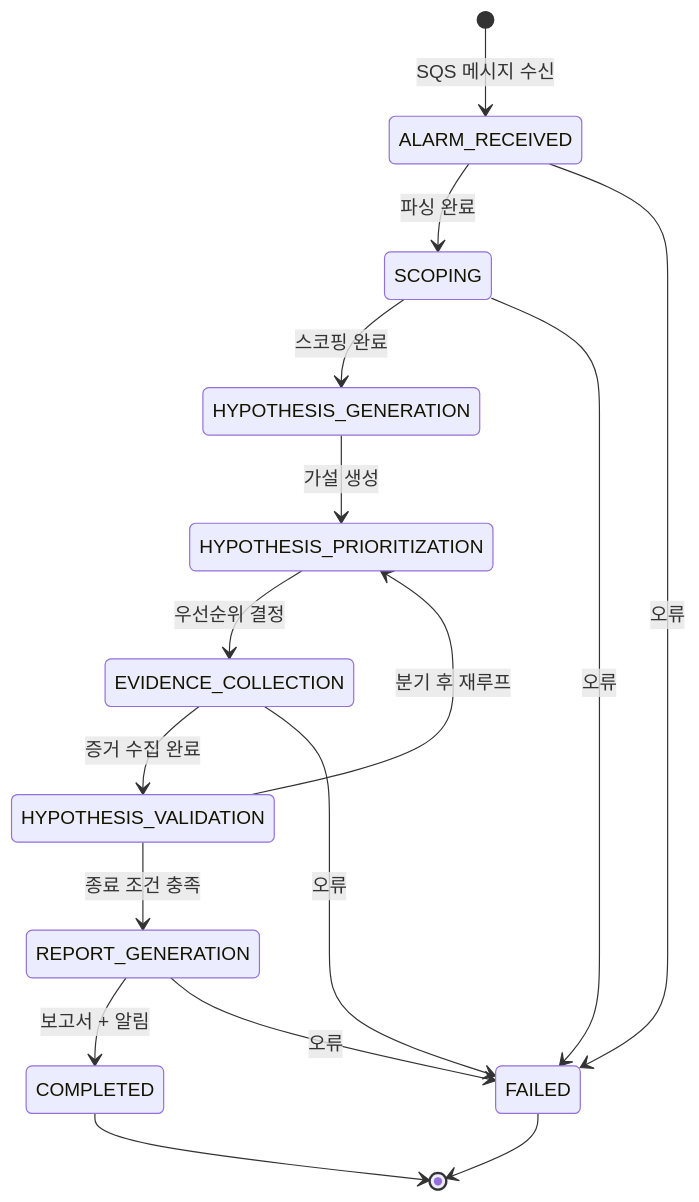
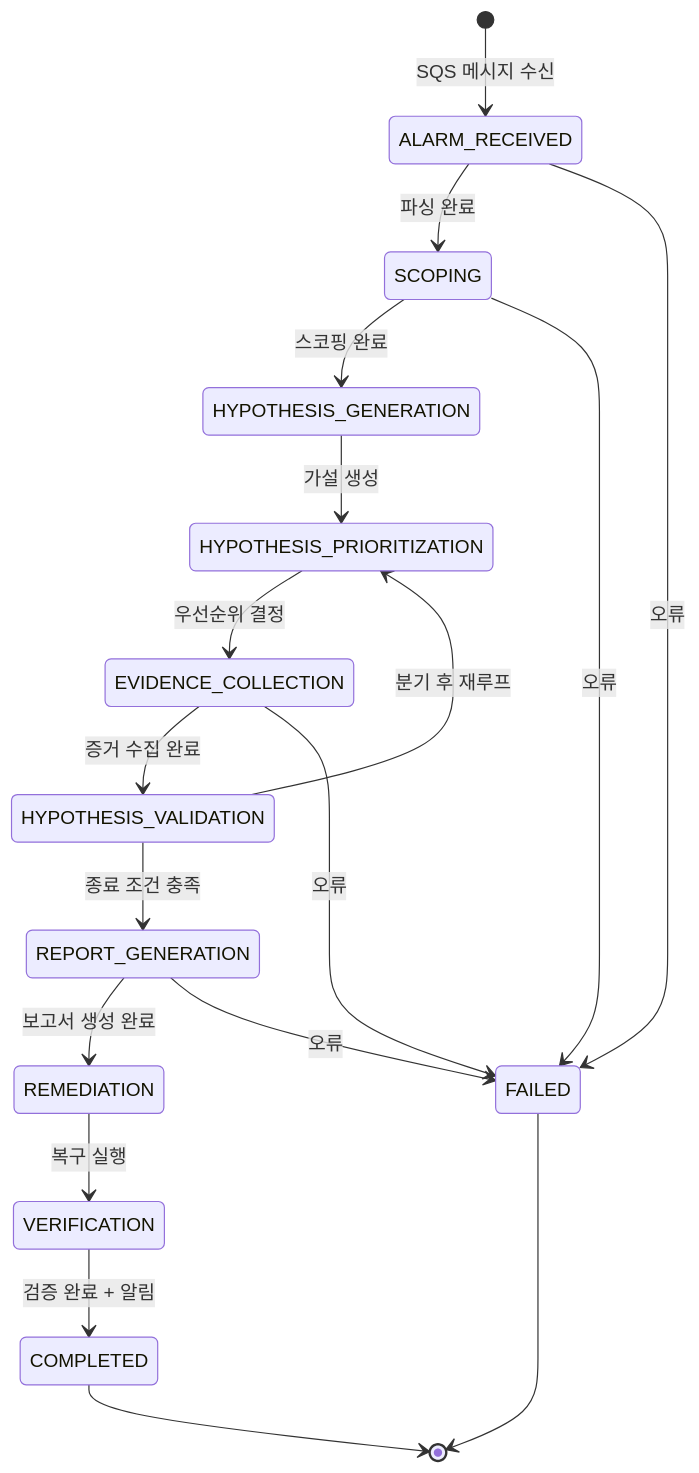
One commit to haandol/rca-agent changed diagram 16 of 19 in docs/system-guide-for-ops.md. Above: the diagram before and after it, drawn with Mermaid. The commit also changed other lines of this file and 10 other files, not shown here.

````diff
--- a/docs/system-guide-for-ops.md
+++ b/docs/system-guide-for-ops.md
@@ -719,21 +738,23 @@
 ```mermaid
 stateDiagram-v2
     [*] --> ALARM_RECEIVED: SQS 메시지 수신
 
     ALARM_RECEIVED --> SCOPING: 파싱 완료
     SCOPING --> HYPOTHESIS_GENERATION: 스코핑 완료
     HYPOTHESIS_GENERATION --> HYPOTHESIS_PRIORITIZATION: 가설 생성
     HYPOTHESIS_PRIORITIZATION --> EVIDENCE_COLLECTION: 우선순위 결정
     EVIDENCE_COLLECTION --> HYPOTHESIS_VALIDATION: 증거 수집 완료
     HYPOTHESIS_VALIDATION --> REPORT_GENERATION: 종료 조건 충족
     HYPOTHESIS_VALIDATION --> HYPOTHESIS_PRIORITIZATION: 분기 후 재루프
-    REPORT_GENERATION --> COMPLETED: 보고서 + 알림
+    REPORT_GENERATION --> REMEDIATION: 보고서 생성 완료
+    REMEDIATION --> VERIFICATION: 복구 실행
+    VERIFICATION --> COMPLETED: 검증 완료 + 알림
 
     ALARM_RECEIVED --> FAILED: 오류
     SCOPING --> FAILED: 오류
     EVIDENCE_COLLECTION --> FAILED: 오류
     REPORT_GENERATION --> FAILED: 오류
 
     COMPLETED --> [*]
     FAILED --> [*]
 ```
````
